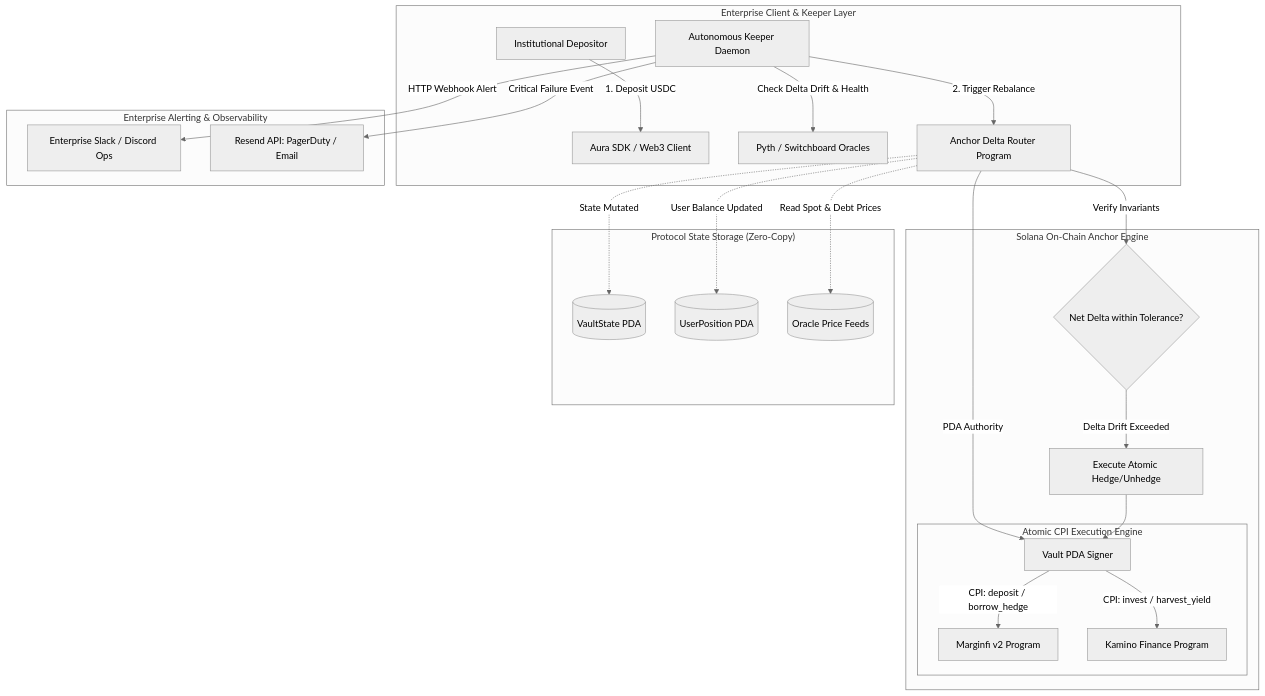
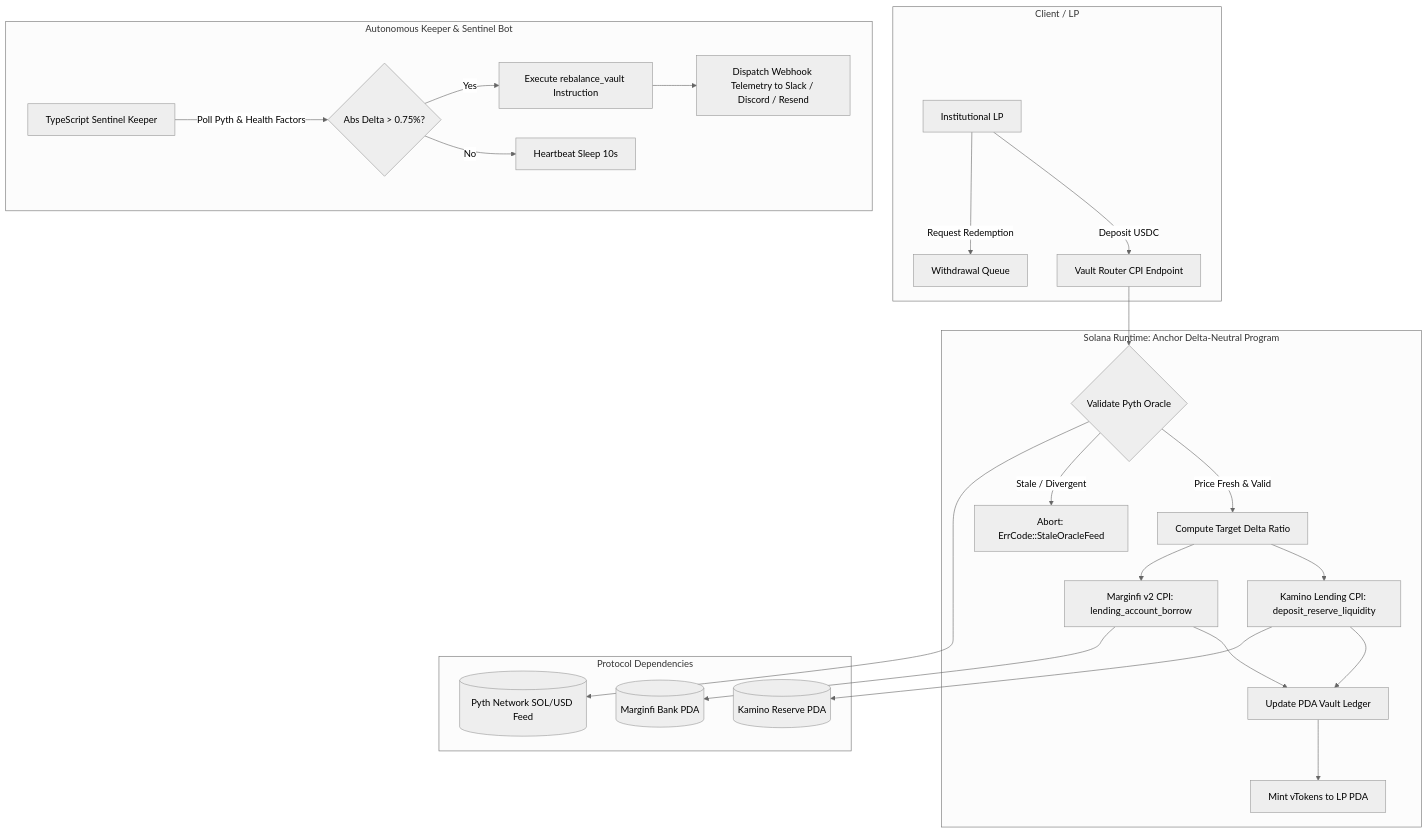
The diagram in README.md (wiliancolomboo-tech/web3-anchor-smart-contract-for-delta-neu-354374), drawn with Mermaid (neutral theme) before and after one commit. The commit also changed other lines of this file and 57 other files, not shown here.

````diff
--- a/README.md
+++ b/README.md
@@ -47,36 +50,34 @@
 ```mermaid
 flowchart TD
-    subgraph ClientLayer["Enterprise Client & Keeper Layer"]
-        A[Institutional Depositor] -->|1. Deposit USDC| B[Aura SDK / Web3 Client]
-        K[Autonomous Keeper Daemon] -->|Check Delta Drift & Health| OR[Pyth / Switchboard Oracles]
-        K -->|2. Trigger Rebalance| SC[Anchor Delta Router Program]
+    subgraph Client / LP
+        A[Institutional LP] -->|Deposit USDC| B[Vault Router CPI Endpoint]
+        A -->|Request Redemption| C[Withdrawal Queue]
     end
 
-    subgraph ProgramLayer["Solana On-Chain Anchor Engine"]
-        SC -->|Verify Invariants| VM{Net Delta within Tolerance?}
-        SC -->|PDA Authority| PDA[Vault PDA Signer]
+    subgraph Solana Runtime: Anchor Delta-Neutral Program
+        B --> D{Validate Pyth Oracle}
+        D -->|Price Fresh & Valid| E[Compute Target Delta Ratio]
+        D -->|Stale / Divergent| ERR[Abort: ErrCode::StaleOracleFeed]
         
-        subgraph CPI_Execution["Atomic CPI Execution Engine"]
-            PDA -->|CPI: deposit / borrow_hedge| MF[Marginfi v2 Program]
-            PDA -->|CPI: invest / harvest_yield| KM[Kamino Finance Program]
-        end
-
-        VM -- Delta Drift Exceeded --> EX[Execute Atomic Hedge/Unhedge]
-        EX --> PDA
+        E --> F[Kamino Lending CPI: deposit_reserve_liquidity]
+        E --> G[Marginfi v2 CPI: lending_account_borrow]
+        
+        F --> H[Update PDA Vault Ledger]
+        G --> H
+        
+        H --> I[Mint vTokens to LP PDA]
     end
 
-    subgraph ProtocolState["Protocol State Storage (Zero-Copy)"]
-        VS[(VaultState PDA)]
-        US[(UserPosition PDA)]
-        OR_CACHE[(Oracle Price Feeds)]
+    subgraph Autonomous Keeper & Sentinel Bot
+        K[TypeScript Sentinel Keeper] -->|Poll Pyth & Health Factors| L{Abs Delta > 0.75%?}
+        L -->|Yes| M[Execute rebalance_vault Instruction]
+        L -->|No| N[Heartbeat Sleep 10s]
+        M --> O[Dispatch Webhook Telemetry to Slack / Discord / Resend]
     end
 
-    subgraph Telemetry["Enterprise Alerting & Observability"]
-        K -->|HTTP Webhook Alert| SLACK[Enterprise Slack / Discord Ops]
-        K -->|Critical Failure Event| RESEND[Resend API: PagerDuty / Email]
+    subgraph Protocol Dependencies
+        F --> P[(Kamino Reserve PDA)]
+        G --> Q[(Marginfi Bank PDA)]
+        D --> R[(Pyth Network SOL/USD Feed)]
     end
-
-    SC -.->|State Mutated| VS
-    SC -.->|User Balance Updated| US
-    SC -.->|Read Spot & Debt Prices| OR_CACHE
 ```
````
